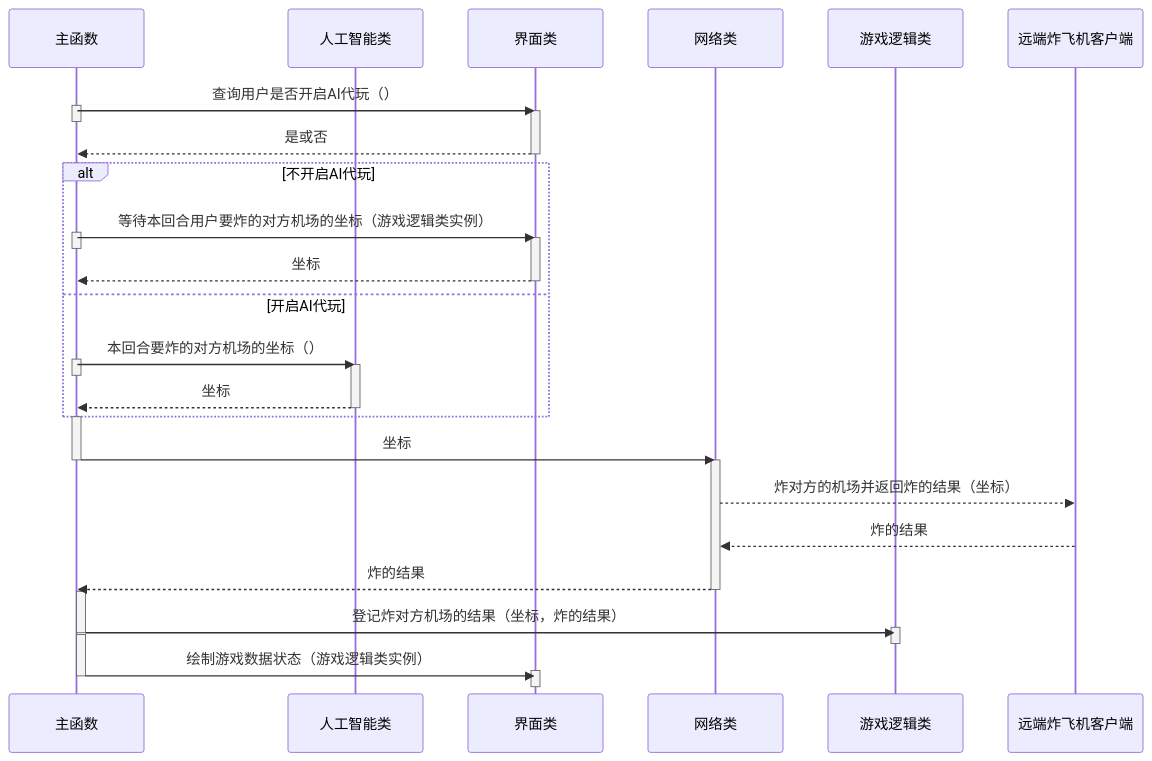
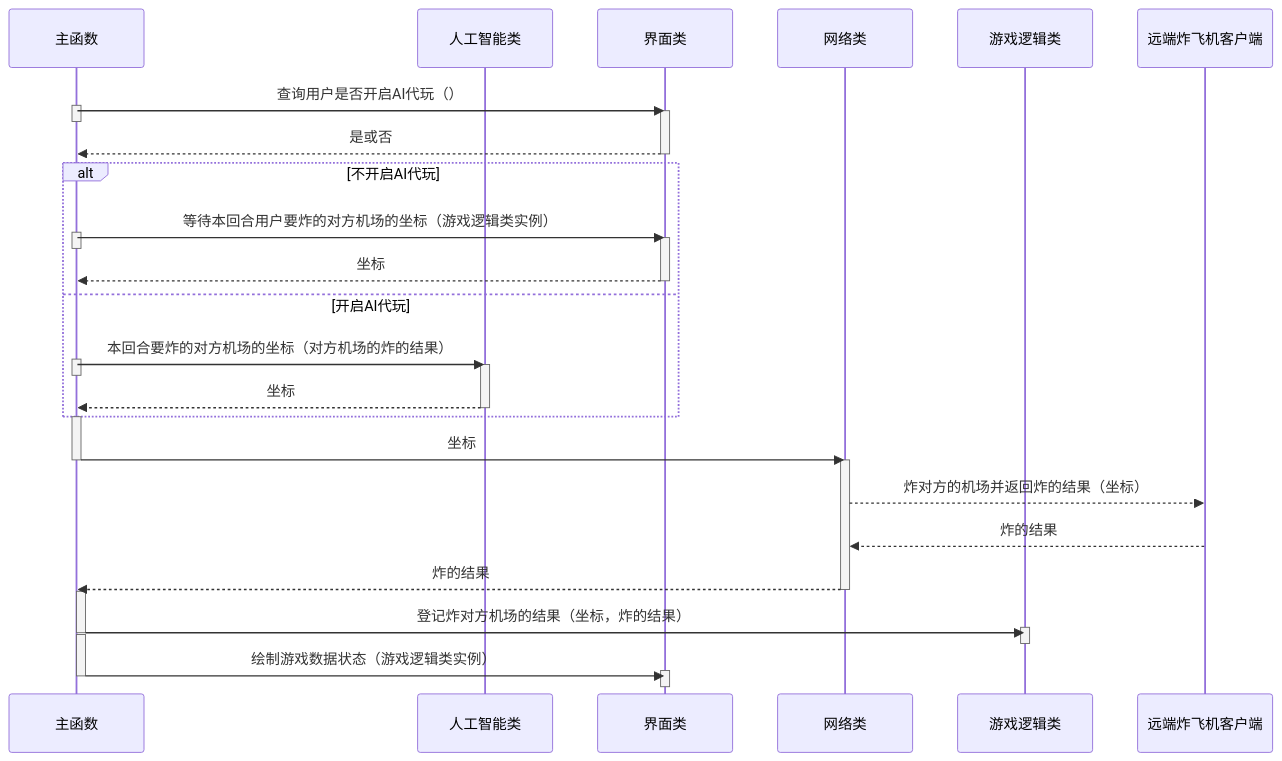
The fifth of 6 diagrams in README.md (li6in9muyou/bomb-airfield-game), drawn with Mermaid before and after one commit.

Commit message:
修正：补充需要的函数

````diff
--- a/README.md
+++ b/README.md
@@ -376,54 +376,54 @@
 ```mermaid
 sequenceDiagram
 
 participant main as 主函数
 participant ai as 人工智能类
 participant ui as 界面类
 participant socket as 网络类
 participant game as 游戏逻辑类
 participant remote as 远端炸飞机客户端
 
 
 main ->> ui: 查询用户是否开启AI代玩（）
 activate main
 deactivate main
 activate ui
 ui -->> main: 是或否
 deactivate ui
 
 alt 不开启AI代玩
 main ->> ui: 等待本回合用户要炸的对方机场的坐标（游戏逻辑类实例）
 activate main
 deactivate main
 activate ui
 ui -->> main: 坐标
 deactivate ui
 else 开启AI代玩
-main ->> ai: 本回合要炸的对方机场的坐标（）
+main ->> ai: 本回合要炸的对方机场的坐标（对方机场的炸的结果）
 activate main
 deactivate main
 activate ai
 ai -->> main: 坐标
 deactivate ai
 end
 
 activate main
 main ->> socket: 坐标
 deactivate main
 activate socket
 socket -->> remote: 炸对方的机场并返回炸的结果（坐标）
 remote -->> socket: 炸的结果
 socket -->> main: 炸的结果
 activate main
 deactivate socket
 activate main
 main ->> game: 登记炸对方机场的结果（坐标，炸的结果）
 deactivate main
 activate game
 deactivate game
 activate main
 main ->> ui: 绘制游戏数据状态（游戏逻辑类实例）
 activate ui
 deactivate ui
 deactivate main
 ```
````
